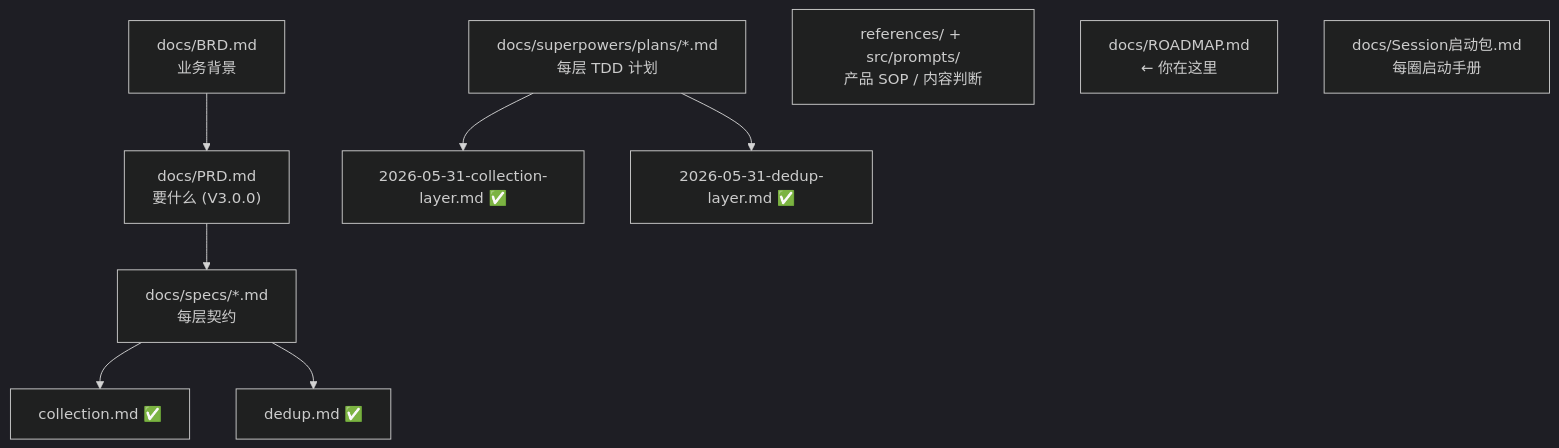
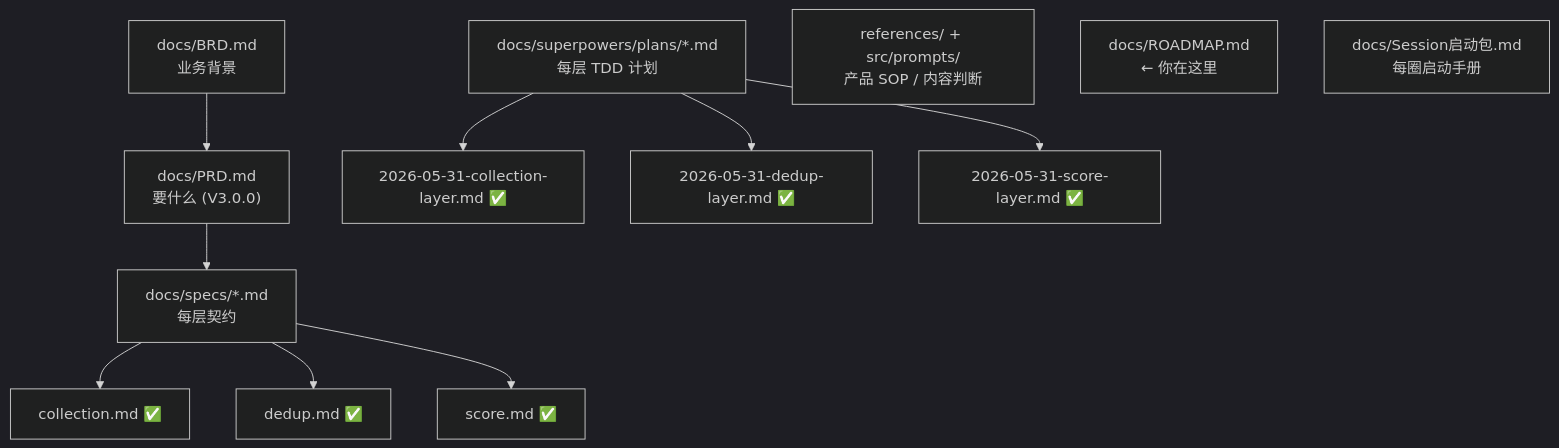
Before and after one commit to ai-newsday/core: the third of 3 diagrams in docs/ROADMAP.md, drawn with Mermaid (dark theme). The commit also changed other lines of this file, not shown here.

Commit message:
docs: ROADMAP — mark score layer (Circle 3) done

````diff
--- a/docs/ROADMAP.md
+++ b/docs/ROADMAP.md
@@ -73,14 +73,16 @@
 ```mermaid
 flowchart TD
     PRD["docs/PRD.md<br/>要什么 (V3.0.0)"] --> SPECS
     BRD["docs/BRD.md<br/>业务背景"] --> PRD
     SPECS["docs/specs/*.md<br/>每层契约"]
     SPECS --> S1["collection.md ✅"]
     SPECS --> S2["dedup.md ✅"]
+    SPECS --> S3["score.md ✅"]
     PLANS["docs/superpowers/plans/*.md<br/>每层 TDD 计划"]
     PLANS --> P1["2026-05-31-collection-layer.md ✅"]
     PLANS --> P2["2026-05-31-dedup-layer.md ✅"]
+    PLANS --> P3["2026-05-31-score-layer.md ✅"]
     REF["references/ + src/prompts/<br/>产品 SOP / 内容判断"]
     RM["docs/ROADMAP.md<br/>← 你在这里"]
     SB["docs/Session启动包.md<br/>每圈启动手册"]
 ```
````
